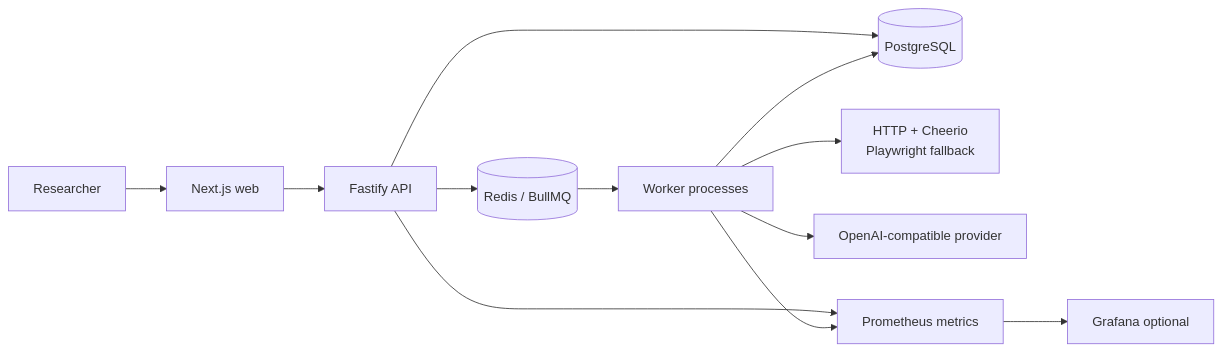
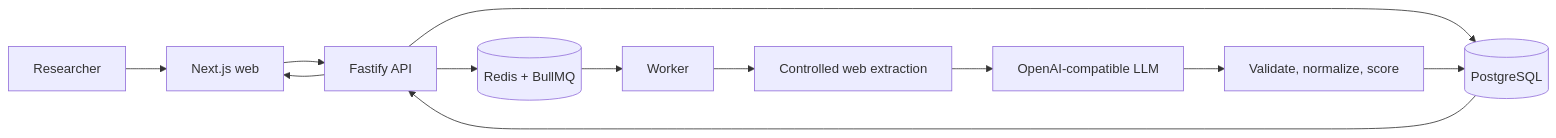
One commit to obafemisolo/SignalForge changed the diagram in README.md. Above: the diagram before and after it, drawn with Mermaid. The commit also changed other lines of this file and 17 other files, not shown here.

````diff
--- a/README.md
+++ b/README.md
@@ -21,14 +140,14 @@
 ```mermaid
 flowchart LR
   User[Researcher] --> Web[Next.js web]
   Web --> API[Fastify API]
   API --> DB[(PostgreSQL)]
-  API --> Q[(Redis / BullMQ)]
-  Q --> Worker[Worker processes]
-  Worker --> Extract[HTTP + Cheerio\nPlaywright fallback]
-  Worker --> LLM[OpenAI-compatible provider]
-  Worker --> DB
-  API --> Metrics[Prometheus metrics]
-  Worker --> Metrics
-  Metrics --> Grafana[Grafana optional]
+  API --> Queue[(Redis + BullMQ)]
+  Queue --> Worker[Worker]
+  Worker --> Fetch[Controlled web extraction]
+  Fetch --> LLM[OpenAI-compatible LLM]
+  LLM --> Process[Validate, normalize, score]
+  Process --> DB
+  DB --> API
+  API --> Web
 ```
````
